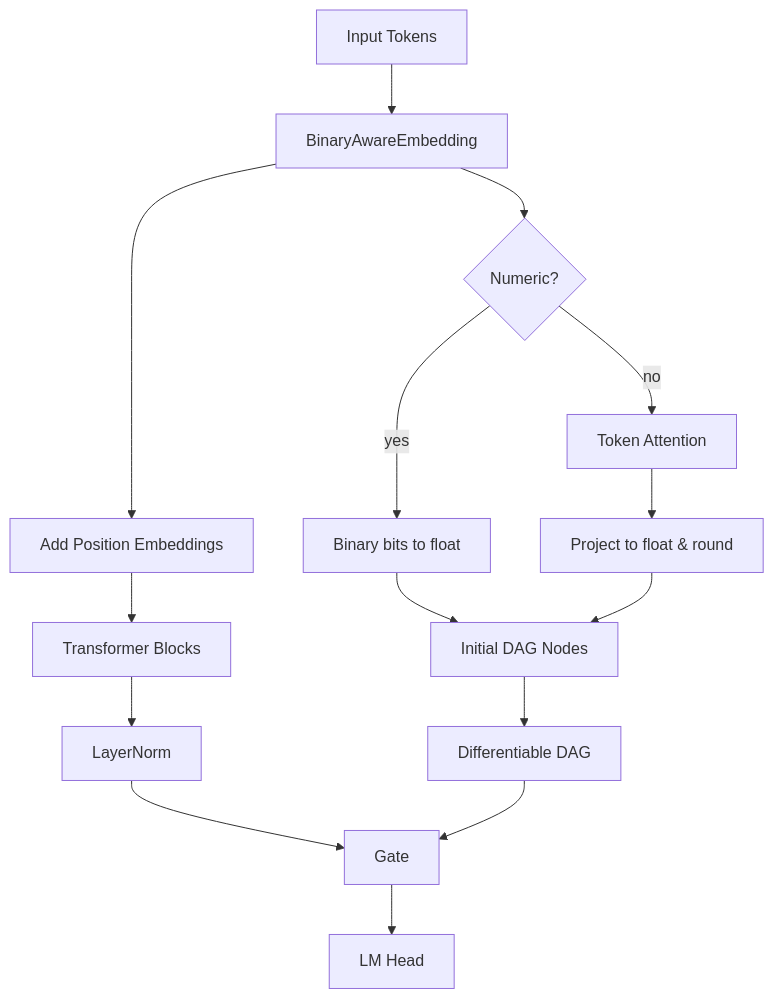
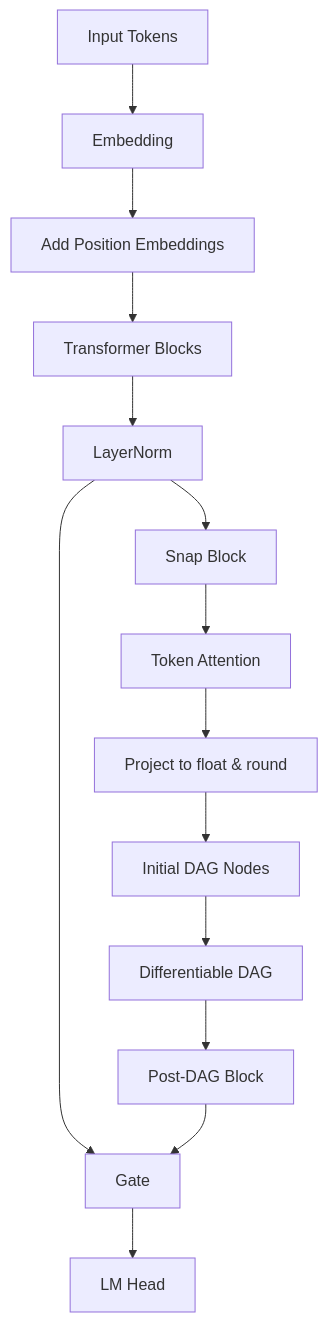
One commit to marict/nanoGPT-llm-extraction changed the diagram in README.md. Above: the diagram before and after it, drawn with Mermaid. The commit also changed other lines of this file and 8 other files, not shown here.

Commit message:
Add post-DAG transformer block

````diff
--- a/README.md
+++ b/README.md
@@ -19,17 +20,16 @@
 ```mermaid
 flowchart TD
-    A[Input Tokens] --> B[BinaryAwareEmbedding]
+    A[Input Tokens] --> B[Embedding]
     B --> C[Add Position Embeddings]
     C --> D[Transformer Blocks]
     D --> E[LayerNorm]
-    B --> F{Numeric?}
-    F -->|yes| G[Binary bits to float]
-    F -->|no| H[Token Attention]
-    H --> I[Project to float & round]
-    G --> J[Initial DAG Nodes]
-    I --> J
-    J --> K[Differentiable DAG]
+    E --> F[Snap Block]
+    F --> G[Token Attention]
+    G --> H[Project to float & round]
+    H --> I[Initial DAG Nodes]
+    I --> J[Differentiable DAG]
+    J --> K[Post-DAG Block]
     E --> L[Gate]
     K --> L
     L --> M[LM Head]
 ```
````
